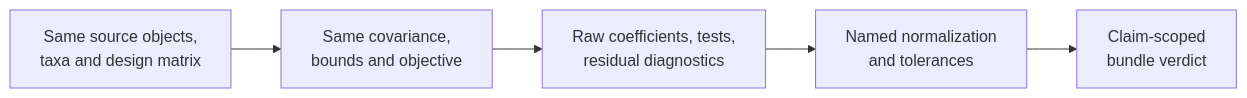
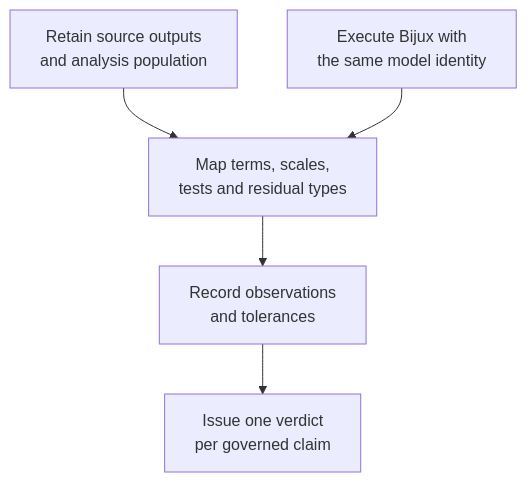
Before and after one commit to bijux/bijux-phylogenetics: the second of 2 diagrams in docs/03-bijux-phylogenetics-evidence-book/pcm3-primate-continuous-and-categorical-regression/model-design-and-phylogenetic-regression.md, drawn with Mermaid. The commit also changed other lines of this file and 3 other files, not shown here.

````diff
--- a/docs/03-bijux-phylogenetics-evidence-book/pcm3-primate-continuous-and-categorical-regression/model-design-and-phylogenetic-regression.md
+++ b/docs/03-bijux-phylogenetics-evidence-book/pcm3-primate-continuous-and-categorical-regression/model-design-and-phylogenetic-regression.md
@@ -65,10 +124,11 @@
 ```mermaid
-flowchart LR
-    identity["Same source objects,<br/>taxa and design matrix"]
-    models["Same covariance,<br/>bounds and objective"]
-    outputs["Raw coefficients, tests,<br/>residual diagnostics"]
-    rules["Named normalization<br/>and tolerances"]
-    verdict["Claim-scoped<br/>bundle verdict"]
+flowchart TB
+    source["Retain source outputs<br/>and analysis population"]
+    bijux["Execute Bijux with<br/>the same model identity"]
+    normalize["Map terms, scales,<br/>tests and residual types"]
+    compare["Record observations<br/>and tolerances"]
+    adjudicate["Issue one verdict<br/>per governed claim"]
 
-    identity --> models --> outputs --> rules --> verdict
+    source --> normalize
+    bijux --> normalize --> compare --> adjudicate
 ```
````
